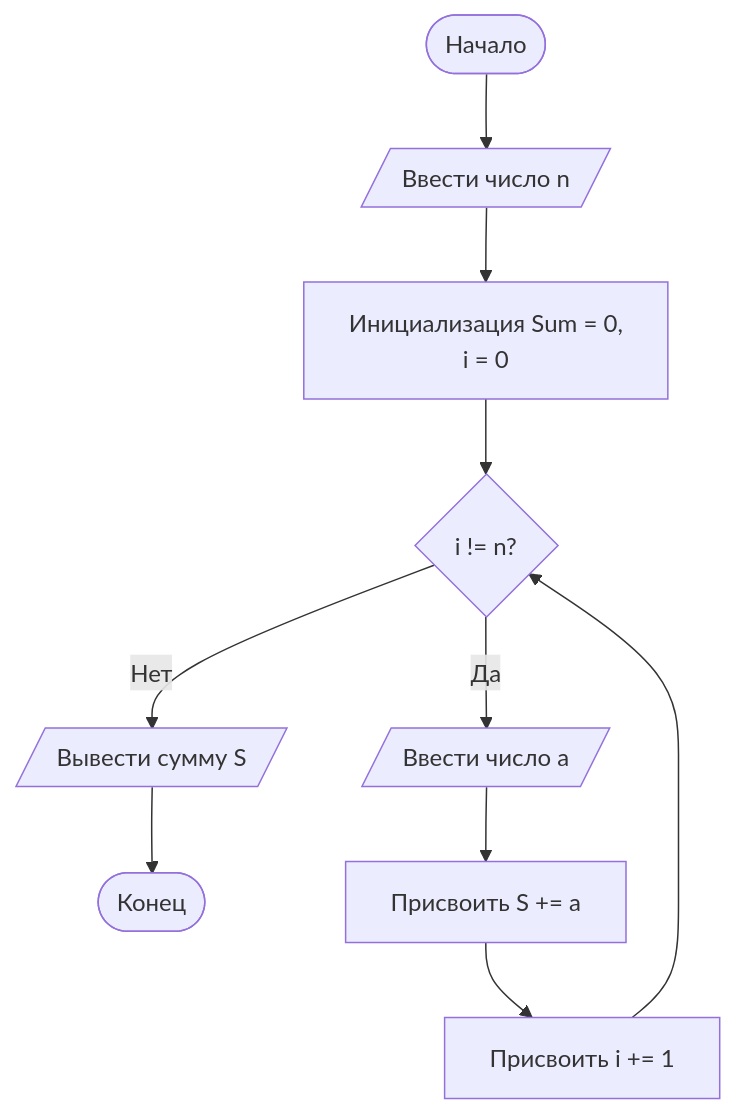
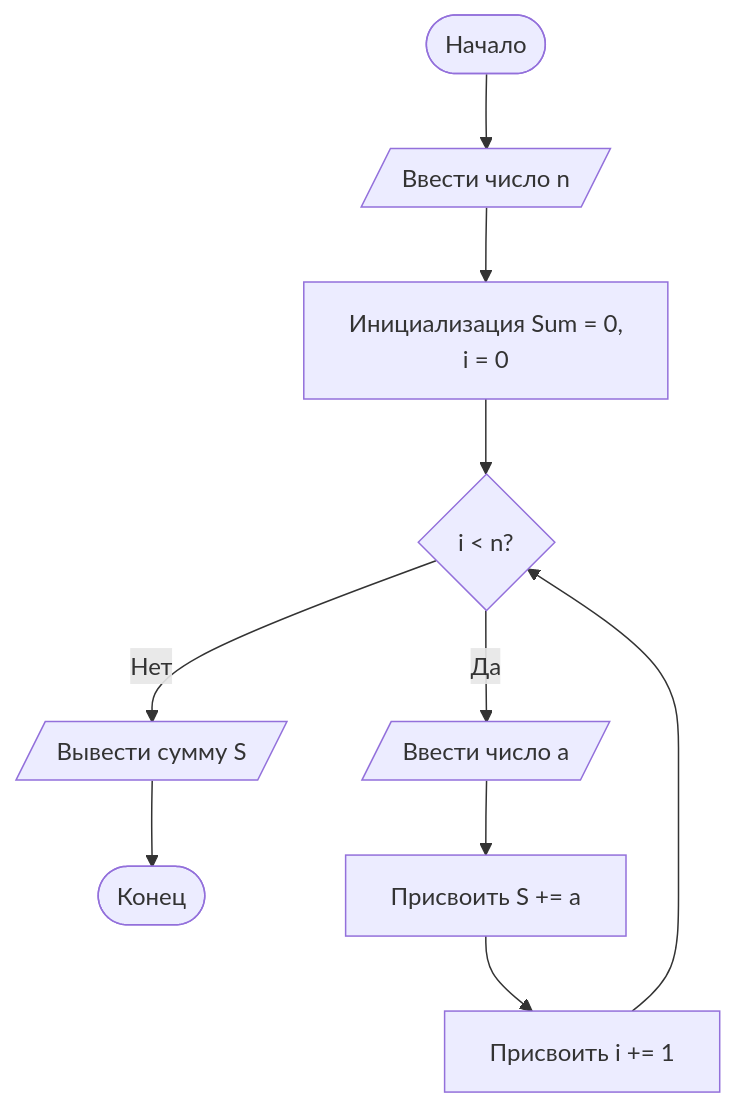
One commit to Krastti/Homework-C changed the diagram in README.md. Above: the diagram before and after it, drawn with Mermaid.

````diff
--- a/README.md
+++ b/README.md
@@ -5,12 +5,12 @@
 ``` mermaid
 flowchart TD
     A([Начало]) --> B[/Ввести число n/]
     B --> C[Инициализация Sum = 0, <br> i = 0]
-    C --> D{i != n?}
+    C --> D{i < n?}
     D -- Нет --> F[/Вывести сумму S/]
     F --> G([Конец])
     D -- Да --> E[/Ввести число a/]
     E --> H[Присвоить S += a]
     H --> I[Присвоить i += 1]
     I --> D
 ```
````
